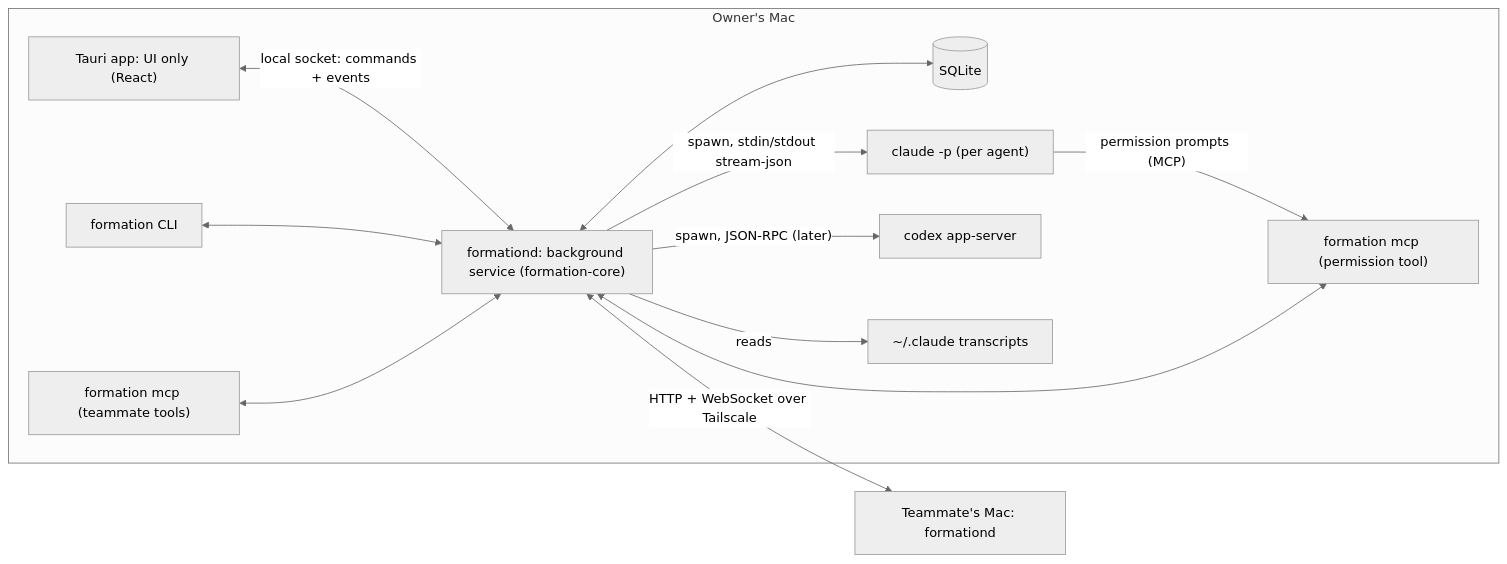
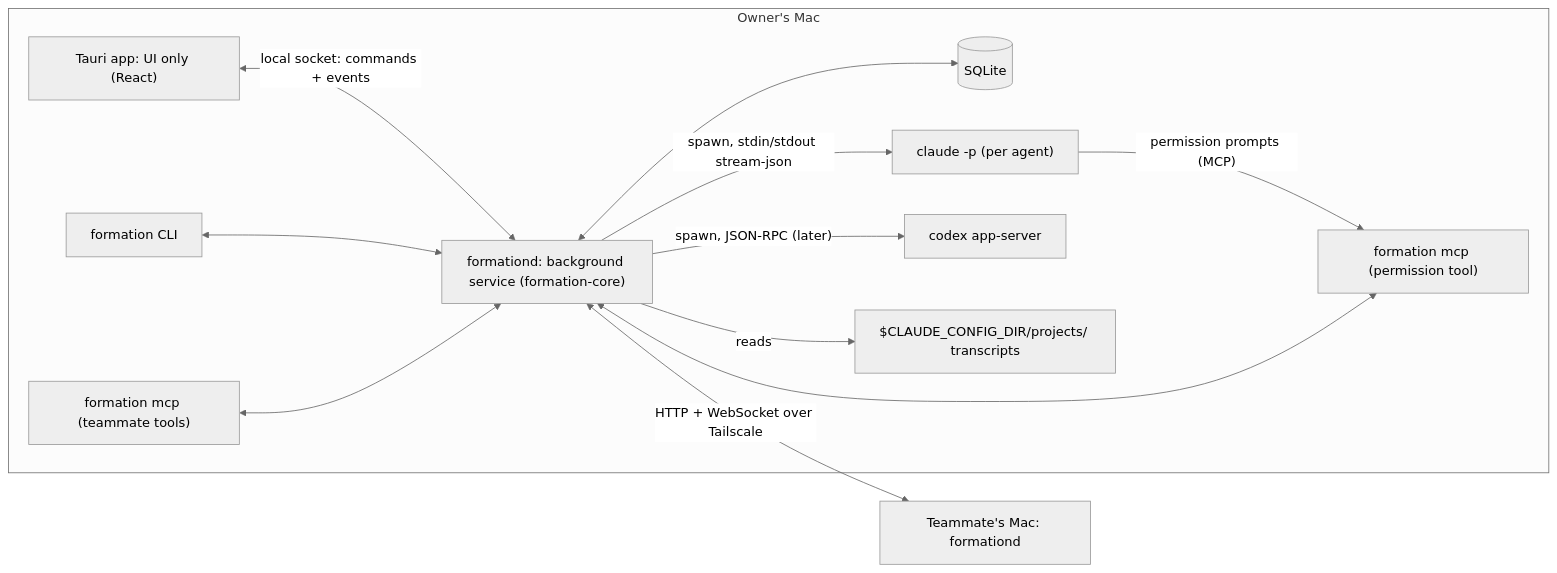
The diagram in documentations/4_techspec.md (callmejustdodo/OpenGrokBot), drawn with Mermaid (neutral theme) before and after one commit. The commit also changed other lines of this file and 6 other files, not shown here.

````diff
--- a/documentations/4_techspec.md
+++ b/documentations/4_techspec.md
@@ -44,15 +44,15 @@
 ```mermaid
 flowchart LR
   subgraph Mac["Owner's Mac"]
     UI["Tauri app: UI only (React)"] <-- "local socket: commands + events" --> Core["formationd: background service (formation-core)"]
     Core <--> DB[("SQLite")]
     Core -- "spawn, stdin/stdout stream-json" --> CC["claude -p (per agent)"]
     Core -- "spawn, JSON-RPC (later)" --> CX["codex app-server"]
-    Core -- "reads" --> TR["~/.claude transcripts"]
+    Core -- "reads" --> TR["$CLAUDE_CONFIG_DIR/projects/ transcripts"]
     CC -- "permission prompts (MCP)" --> MCPp["formation mcp (permission tool)"]
     MCPp <--> Core
     CLI["formation CLI"] <--> Core
     MCPt["formation mcp (teammate tools)"] <--> Core
   end
   Core <-- "HTTP + WebSocket over Tailscale" --> Peer["Teammate's Mac: formationd"]
 ```
````
